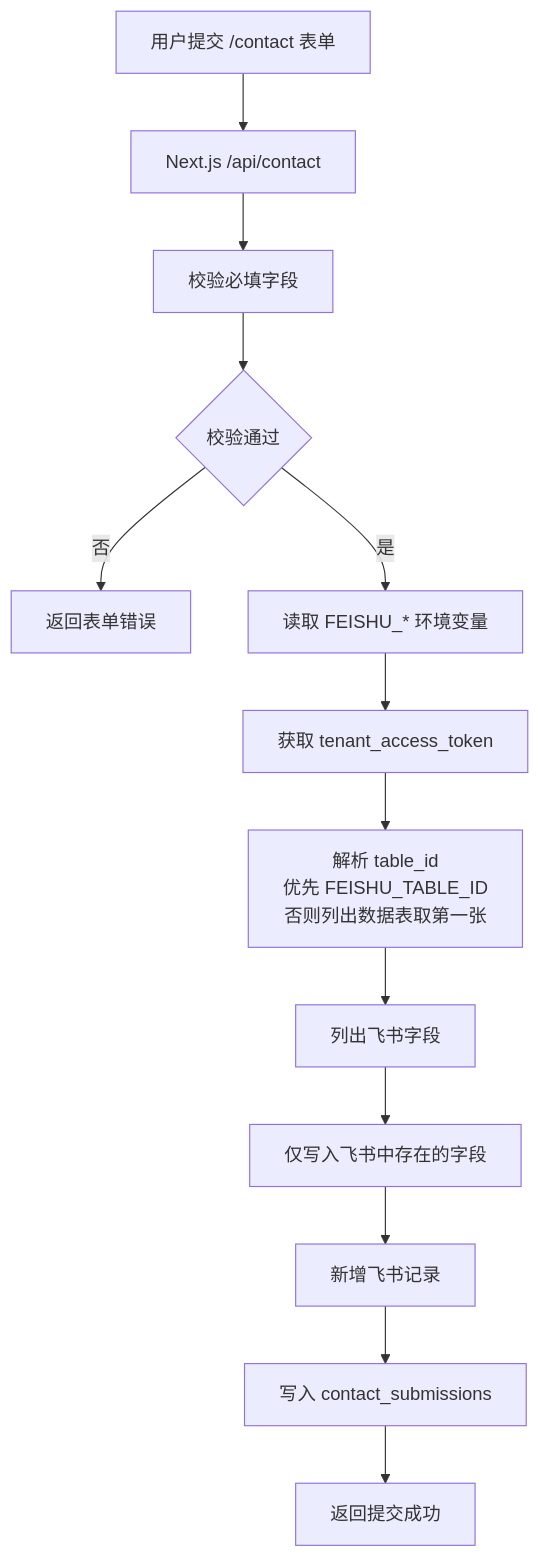
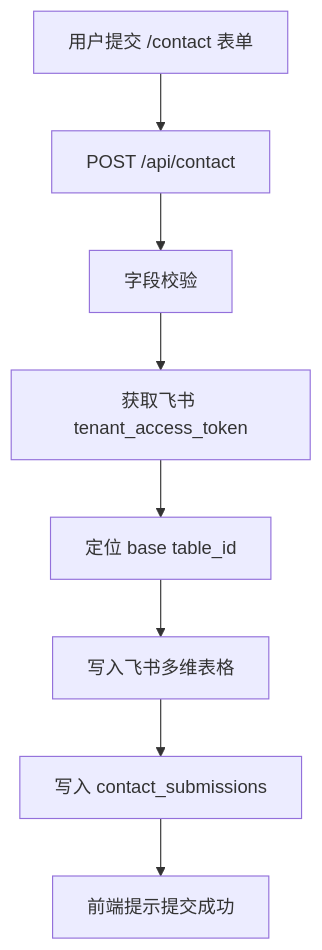
The fourth of 11 diagrams in docs/AI工具箱V2.0完整技术文档.md (yan073747/ai-office-toolbox), drawn with Mermaid before and after one commit. The commit also changed other lines of this file, not shown here.

````diff
--- a/docs/AI工具箱V2.0完整技术文档.md
+++ b/docs/AI工具箱V2.0完整技术文档.md
@@ -519,15 +419,10 @@
 ```mermaid
 flowchart TD
-  A["用户提交 /contact 表单"] --> B["Next.js /api/contact"]
-  B --> C["校验必填字段"]
-  C --> D{"校验通过"}
-  D -- 否 --> E["返回表单错误"]
-  D -- 是 --> F["读取 FEISHU_* 环境变量"]
-  F --> G["获取 tenant_access_token"]
-  G --> H["解析 table_id<br/>优先 FEISHU_TABLE_ID<br/>否则列出数据表取第一张"]
-  H --> I["列出飞书字段"]
-  I --> J["仅写入飞书中存在的字段"]
-  J --> K["新增飞书记录"]
-  K --> L["写入 contact_submissions"]
-  L --> M["返回提交成功"]
+  A["用户提交 /contact 表单"] --> B["POST /api/contact"]
+  B --> C["字段校验"]
+  C --> D["获取飞书 tenant_access_token"]
+  D --> E["定位 base table_id"]
+  E --> F["写入飞书多维表格"]
+  F --> G["写入 contact_submissions"]
+  G --> H["前端提示提交成功"]
 ```
````
